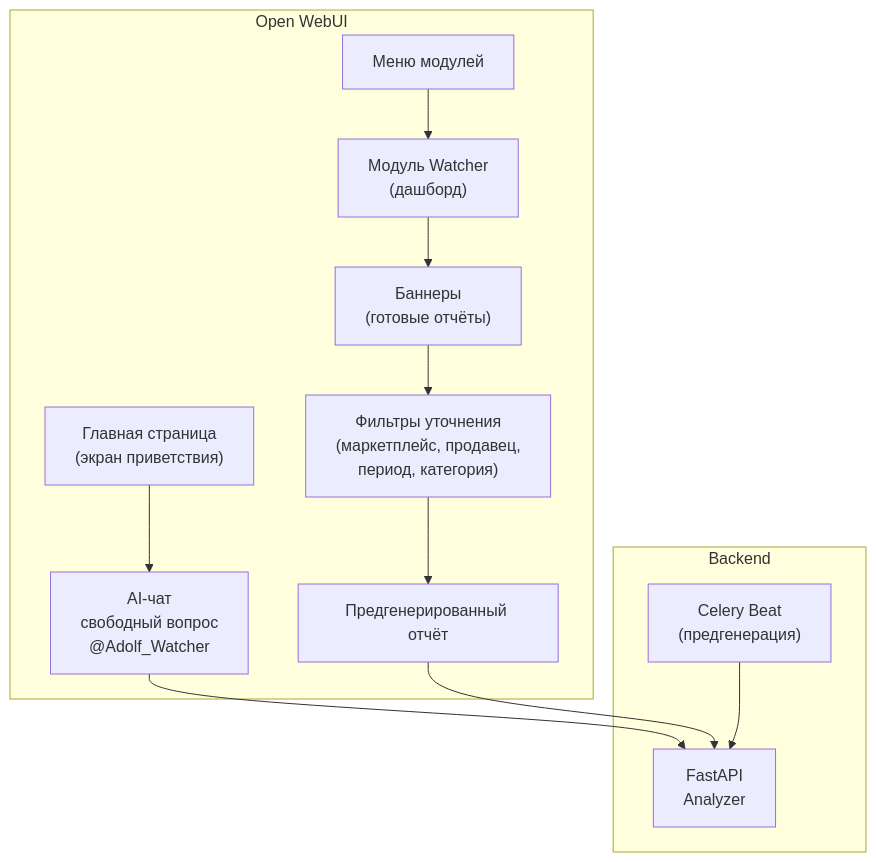
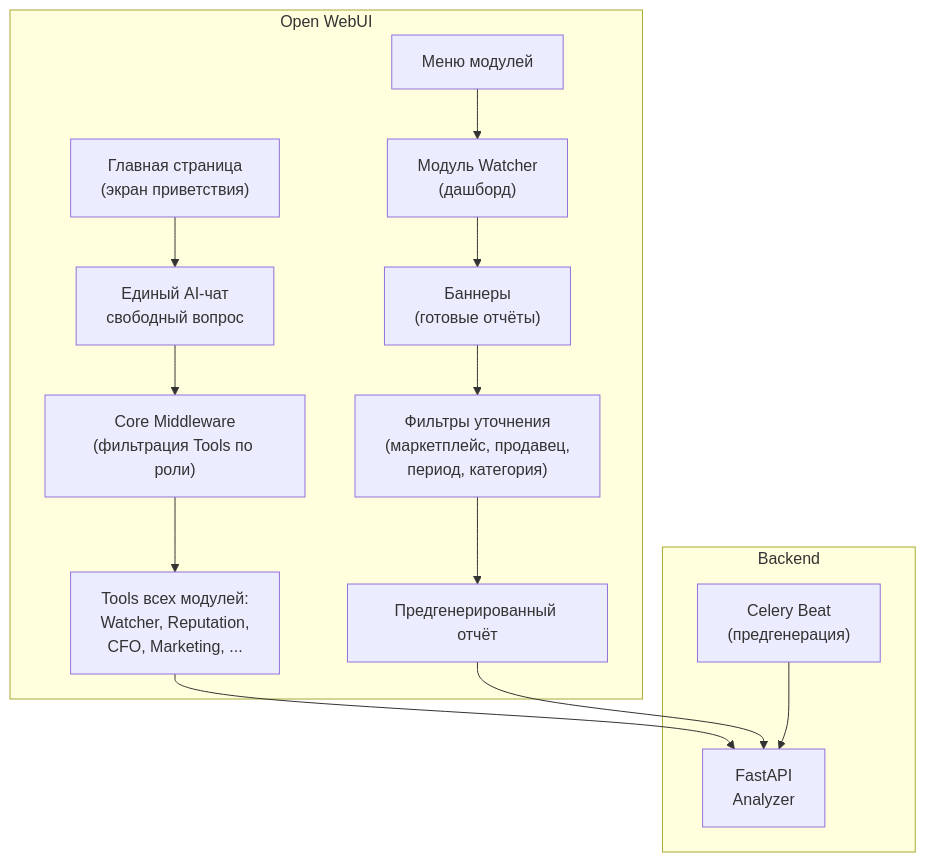
Before and after one commit to Sign25/Docs: the first of 7 diagrams in watcher/adolf_watcher_6_analyzer_open_webui.md, drawn with Mermaid. The commit also changed other lines of this file, not shown here.

Commit message:
Watcher v4.3: Раздел 6 — единый AI-чат ADOLF вместо @Adolf_Watcher, Tools в общем пуле с фильтрацией по роли

````diff
--- a/watcher/adolf_watcher_6_analyzer_open_webui.md
+++ b/watcher/adolf_watcher_6_analyzer_open_webui.md
@@ -28,23 +30,25 @@
 ```mermaid
 flowchart TB
     subgraph OWUI["Open WebUI"]
         HOME["Главная страница<br/>(экран приветствия)"]
         MENU["Меню модулей"]
 
-        HOME --> CHAT["AI-чат<br/>свободный вопрос<br/>@Adolf_Watcher"]
+        HOME --> CHAT["Единый AI-чат<br/>свободный вопрос"]
+        CHAT --> MW["Core Middleware<br/>(фильтрация Tools по роли)"]
+        MW --> TOOLS_ALL["Tools всех модулей:<br/>Watcher, Reputation,<br/>CFO, Marketing, ..."]
 
         MENU --> DASH["Модуль Watcher<br/>(дашборд)"]
         DASH --> BANNERS["Баннеры<br/>(готовые отчёты)"]
         BANNERS --> FILTERS["Фильтры уточнения<br/>(маркетплейс, продавец,<br/>период, категория)"]
         FILTERS --> REPORT["Предгенерированный отчёт"]
     end
 
     subgraph BACKEND["Backend"]
         FAST["FastAPI<br/>Analyzer"]
         CELERY_B["Celery Beat<br/>(предгенерация)"]
     end
 
-    CHAT --> FAST
+    TOOLS_ALL --> FAST
     REPORT --> FAST
     CELERY_B --> FAST
 ```
````
